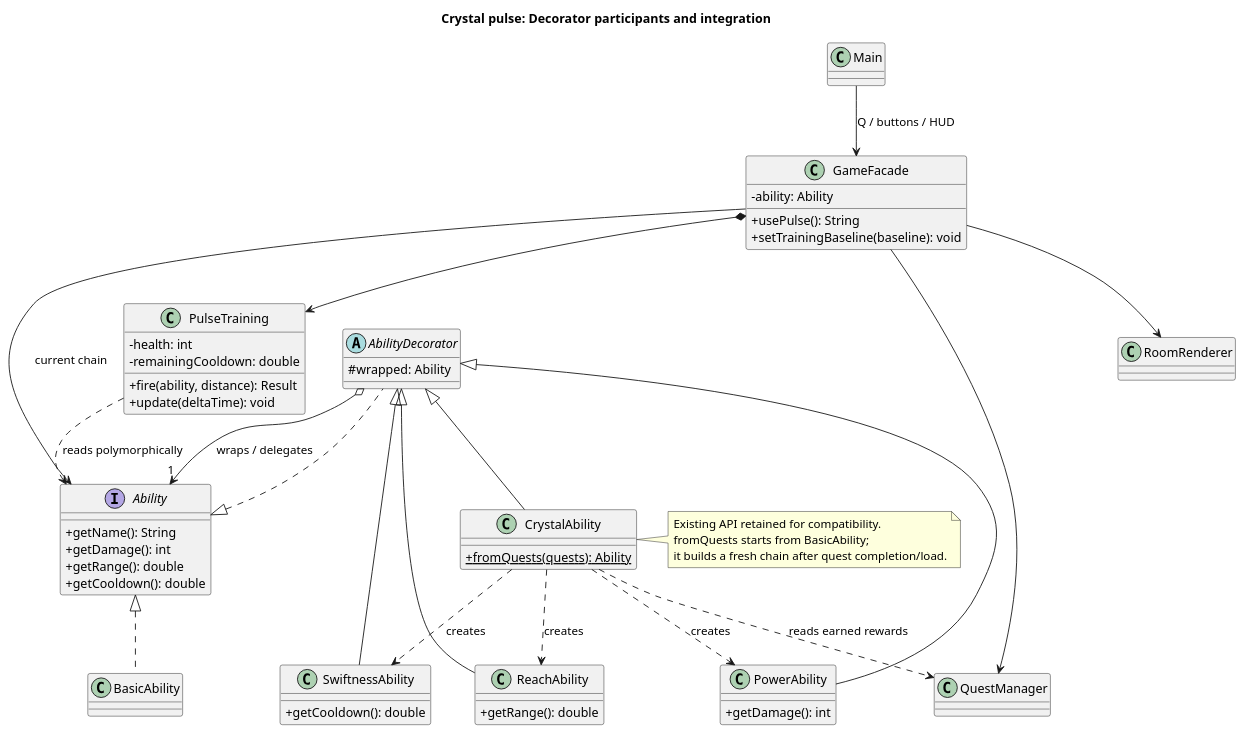
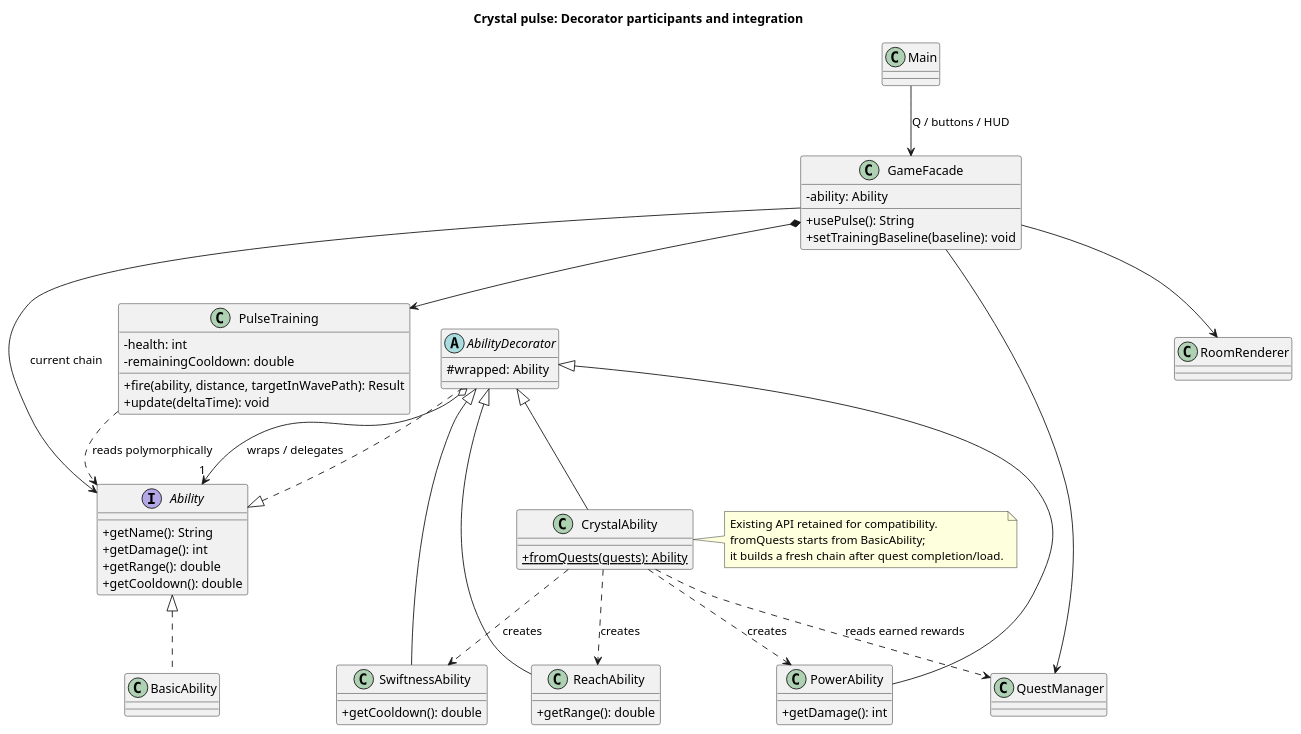
Before and after one commit to AruzhM/SDP_Team_Project: the diagram in docs/decorator-class.puml, drawn with PlantUML. The commit also changed 68 other files, not shown here.

```diff
--- a/docs/decorator-class.puml
+++ b/docs/decorator-class.puml
@@ -1,63 +1,63 @@
 @startuml
 title Crystal pulse: Decorator participants and integration
 top to bottom direction
 skinparam classAttributeIconSize 0
 interface Ability {
   +getName(): String
   +getDamage(): int
   +getRange(): double
   +getCooldown(): double
 }
 class BasicAbility
 abstract class AbilityDecorator {
   #wrapped: Ability
 }
 class PowerAbility {
   +getDamage(): int
 }
 class ReachAbility {
   +getRange(): double
 }
 class SwiftnessAbility {
   +getCooldown(): double
 }
 class CrystalAbility {
   {static} +fromQuests(quests): Ability
 }
 class GameFacade {
   -ability: Ability
   +usePulse(): String
   +setTrainingBaseline(baseline): void
 }
 class PulseTraining {
   -health: int
   -remainingCooldown: double
-  +fire(ability, distance): Result
+  +fire(ability, distance, targetInWavePath): Result
   +update(deltaTime): void
 }
 class QuestManager
 class Main
 class RoomRenderer
 Ability <|.. BasicAbility
 Ability <|.. AbilityDecorator
 AbilityDecorator o--> "1" Ability : wraps / delegates
 AbilityDecorator <|-- PowerAbility
 AbilityDecorator <|-- ReachAbility
 AbilityDecorator <|-- SwiftnessAbility
 AbilityDecorator <|-- CrystalAbility
 CrystalAbility ..> QuestManager : reads earned rewards
 CrystalAbility ..> PowerAbility : creates
 CrystalAbility ..> ReachAbility : creates
 CrystalAbility ..> SwiftnessAbility : creates
 GameFacade --> Ability : current chain
 GameFacade *--> PulseTraining
 GameFacade --> QuestManager
 GameFacade --> RoomRenderer
 Main --> GameFacade : Q / buttons / HUD
 PulseTraining ..> Ability : reads polymorphically
 note right of CrystalAbility
   Existing API retained for compatibility.
   fromQuests starts from BasicAbility;
   it builds a fresh chain after quest completion/load.
 end note
 @enduml
```
